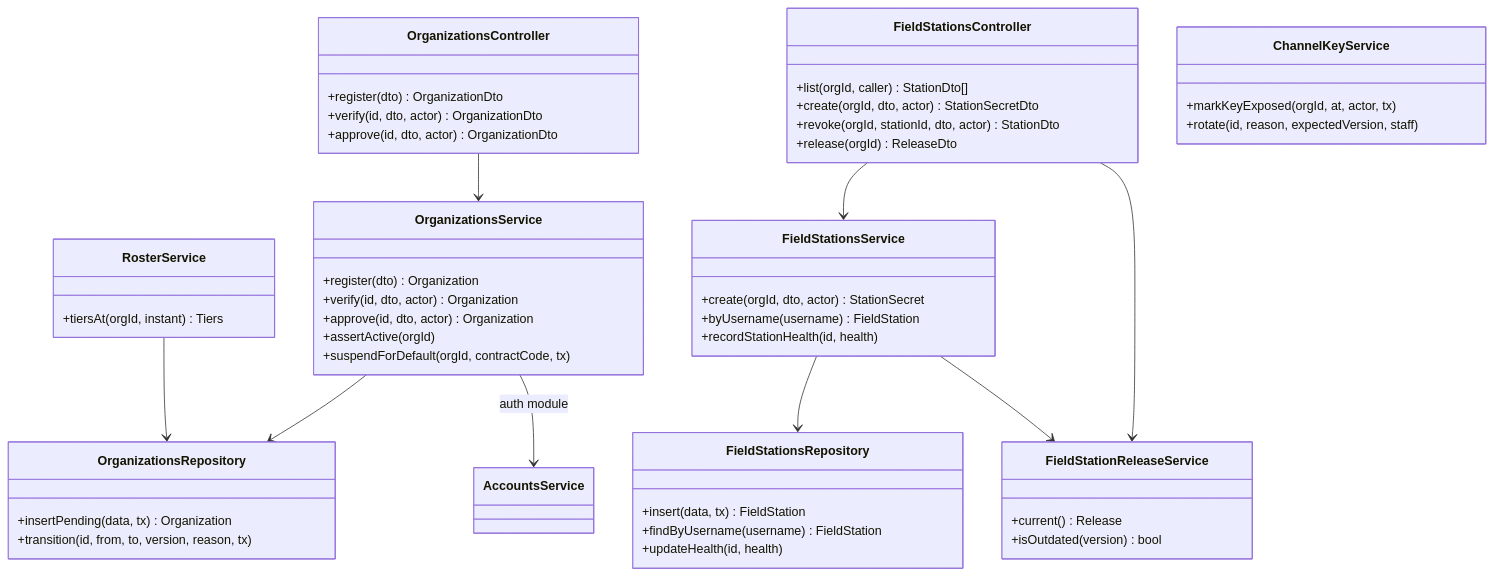
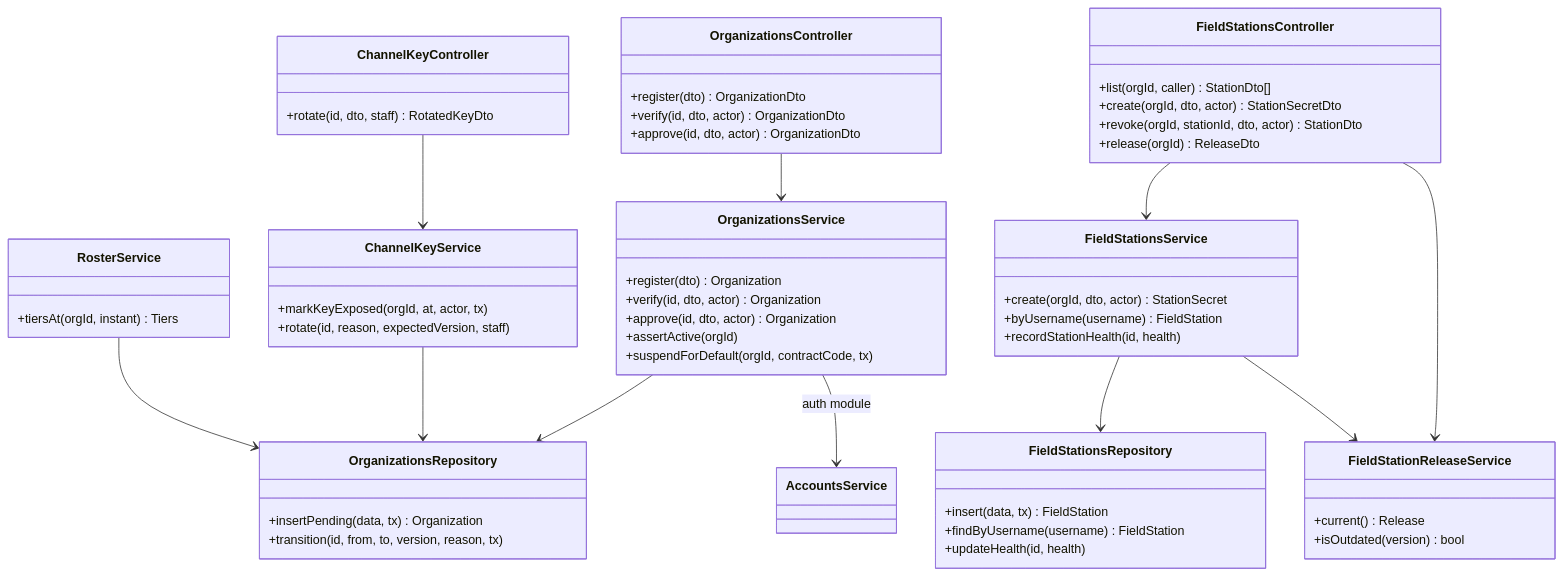
One commit to TrekLink-Team/treklink-web changed the fourth of 11 diagrams in specs/organizations/design.md. Above: the diagram before and after it, drawn with Mermaid.

Commit message:
docs(TK-120): draw the key rotation controller and the service links in Figure 4
Figure 4 of the organizations design gets ChannelKeyController with its
association to ChannelKeyService, and ChannelKeyService with its association to
OrganizationsRepository, as the code has them. Handbook section 2.4 (class
diagram: missing or wrong associations) was re-read for this edit.

Checksum: 5ebeebab4c6817702780a35806223d7d71737eab28da1f1cb3f0e6fa4a491b1789

````diff
--- a/specs/organizations/design.md
+++ b/specs/organizations/design.md
@@ -218,55 +218,60 @@
 ```mermaid
 classDiagram
     class OrganizationsController {
         +register(dto) OrganizationDto
         +verify(id, dto, actor) OrganizationDto
         +approve(id, dto, actor) OrganizationDto
     }
     class FieldStationsController {
         +list(orgId, caller) StationDto[]
         +create(orgId, dto, actor) StationSecretDto
         +revoke(orgId, stationId, dto, actor) StationDto
         +release(orgId) ReleaseDto
+    }
+    class ChannelKeyController {
+        +rotate(id, dto, staff) RotatedKeyDto
     }
     class OrganizationsService {
         +register(dto) Organization
         +verify(id, dto, actor) Organization
         +approve(id, dto, actor) Organization
         +assertActive(orgId)
         +suspendForDefault(orgId, contractCode, tx)
     }
     class ChannelKeyService {
         +markKeyExposed(orgId, at, actor, tx)
         +rotate(id, reason, expectedVersion, staff)
     }
     class RosterService {
         +tiersAt(orgId, instant) Tiers
     }
     class FieldStationsService {
         +create(orgId, dto, actor) StationSecret
         +byUsername(username) FieldStation
         +recordStationHealth(id, health)
     }
     class FieldStationReleaseService {
         +current() Release
         +isOutdated(version) bool
     }
     class OrganizationsRepository {
         +insertPending(data, tx) Organization
         +transition(id, from, to, version, reason, tx)
     }
     class FieldStationsRepository {
         +insert(data, tx) FieldStation
         +findByUsername(username) FieldStation
         +updateHealth(id, health)
     }
     class AccountsService
     OrganizationsController --> OrganizationsService
+    ChannelKeyController --> ChannelKeyService
     FieldStationsController --> FieldStationsService
     FieldStationsController --> FieldStationReleaseService
     OrganizationsService --> OrganizationsRepository
+    ChannelKeyService --> OrganizationsRepository
     OrganizationsService --> AccountsService : auth module
     RosterService --> OrganizationsRepository
     FieldStationsService --> FieldStationsRepository
     FieldStationsService --> FieldStationReleaseService
 ```
````
